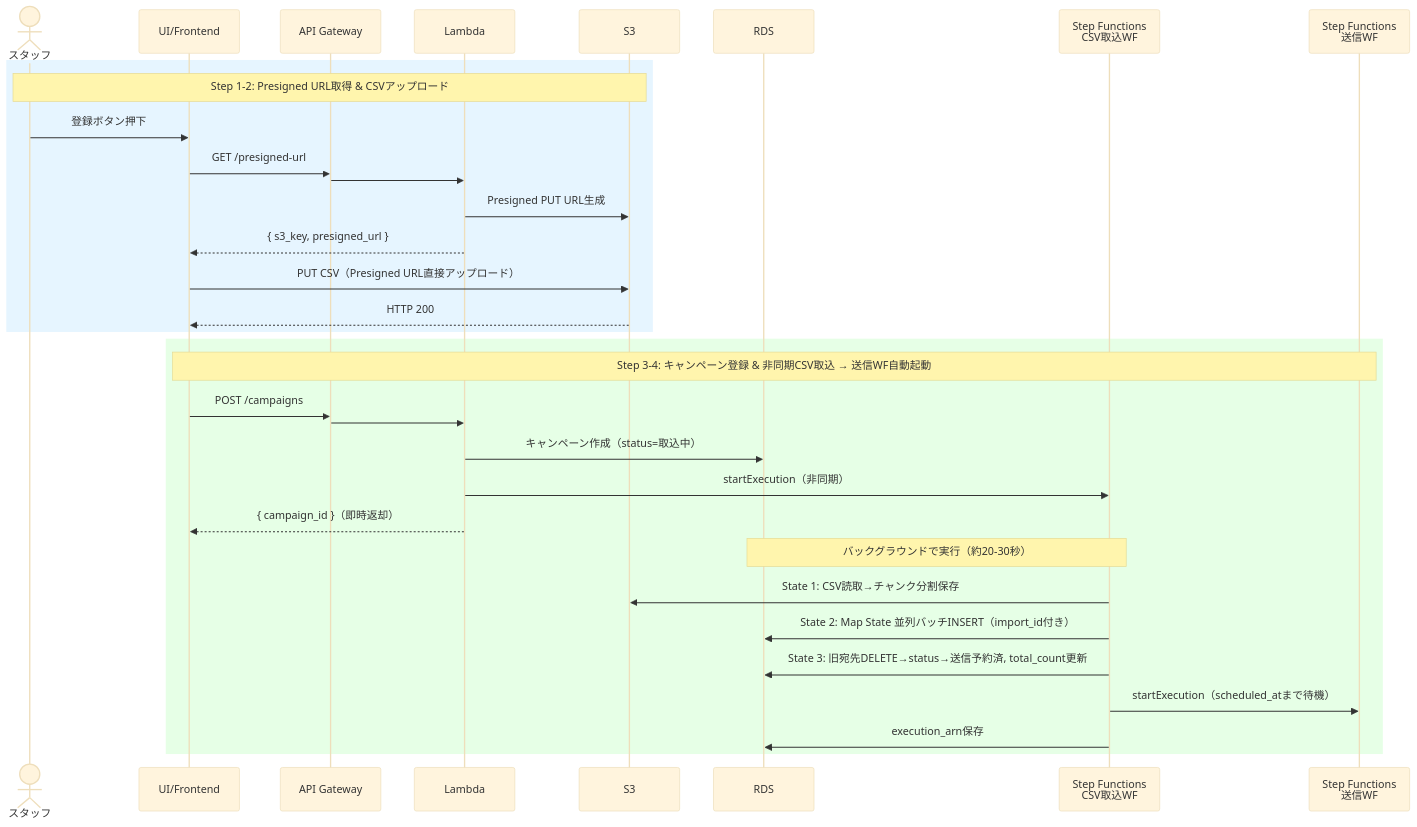
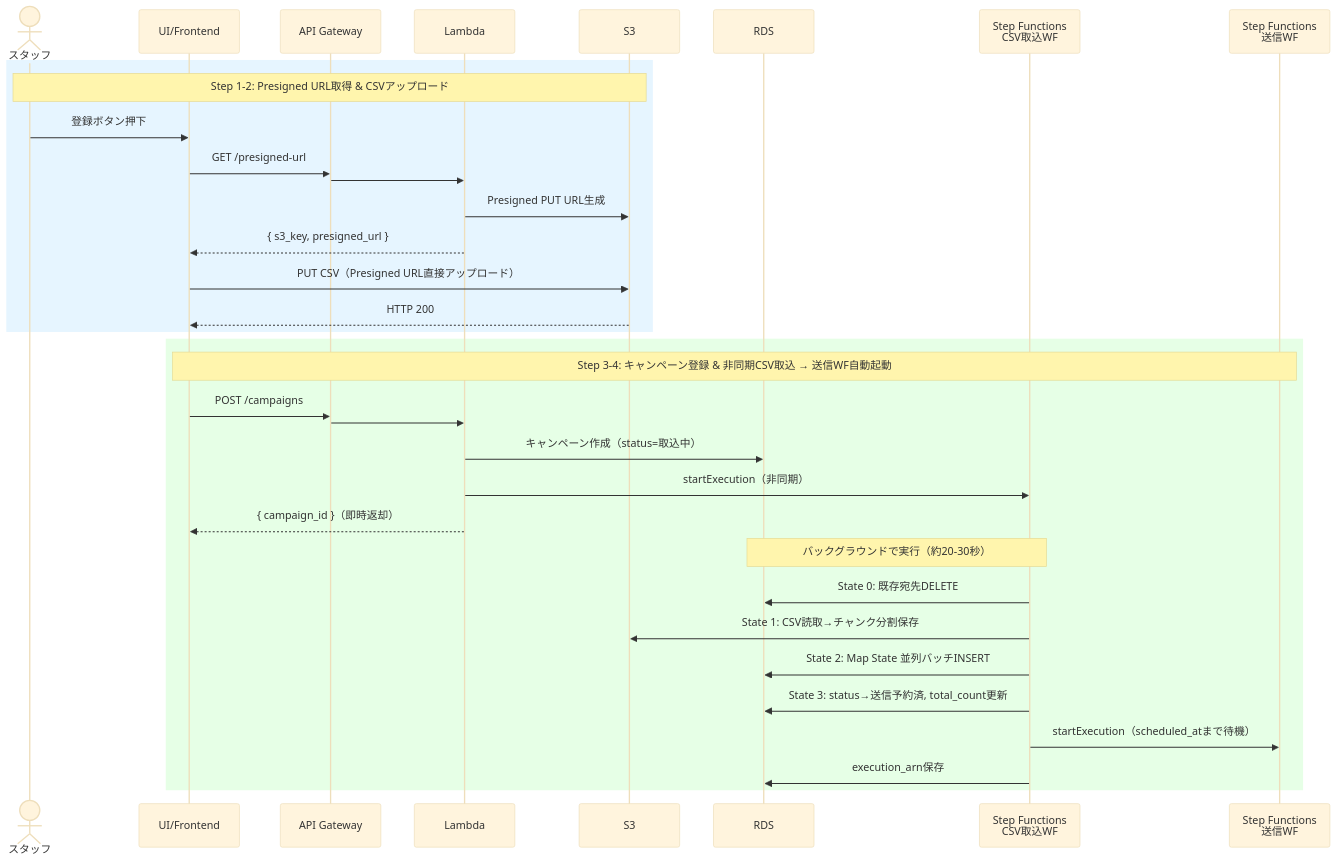
One commit to muratariku0903/mass-emailing changed the first of 2 diagrams in docs/01-registration-flow.md. Above: the diagram before and after it, drawn with Mermaid (base theme). The commit also changed other lines of this file and 4 other files, not shown here.

````diff
--- a/docs/01-registration-flow.md
+++ b/docs/01-registration-flow.md
@@ -10,37 +10,38 @@
 ```mermaid
 sequenceDiagram
     actor スタッフ
     participant UI as UI/Frontend
     participant APIGW as API Gateway
     participant Lambda
     participant S3
     participant RDS
     participant SFn as Step Functions<br/>CSV取込WF
     participant SFn2 as Step Functions<br/>送信WF
 
     rect rgb(230, 245, 255)
     Note over スタッフ, S3: Step 1-2: Presigned URL取得 & CSVアップロード
     スタッフ->>UI: 登録ボタン押下
     UI->>APIGW: GET /presigned-url
     APIGW->>Lambda:
     Lambda->>S3: Presigned PUT URL生成
     Lambda-->>UI: { s3_key, presigned_url }
     UI->>S3: PUT CSV（Presigned URL直接アップロード）
     S3-->>UI: HTTP 200
     end
 
     rect rgb(230, 255, 230)
     Note over UI, SFn2: Step 3-4: キャンペーン登録 & 非同期CSV取込 → 送信WF自動起動
     UI->>APIGW: POST /campaigns
     APIGW->>Lambda:
     Lambda->>RDS: キャンペーン作成（status=取込中）
     Lambda->>SFn: startExecution（非同期）
     Lambda-->>UI: { campaign_id }（即時返却）
     Note over SFn, RDS: バックグラウンドで実行（約20-30秒）
+    SFn->>RDS: State 0: 既存宛先DELETE
     SFn->>S3: State 1: CSV読取→チャンク分割保存
-    SFn->>RDS: State 2: Map State 並列バッチINSERT（import_id付き）
-    SFn->>RDS: State 3: 旧宛先DELETE→status→送信予約済, total_count更新
+    SFn->>RDS: State 2: Map State 並列バッチINSERT
+    SFn->>RDS: State 3: status→送信予約済, total_count更新
     SFn->>SFn2: startExecution（scheduled_atまで待機）
     SFn->>RDS: execution_arn保存
     end
 ```
````
